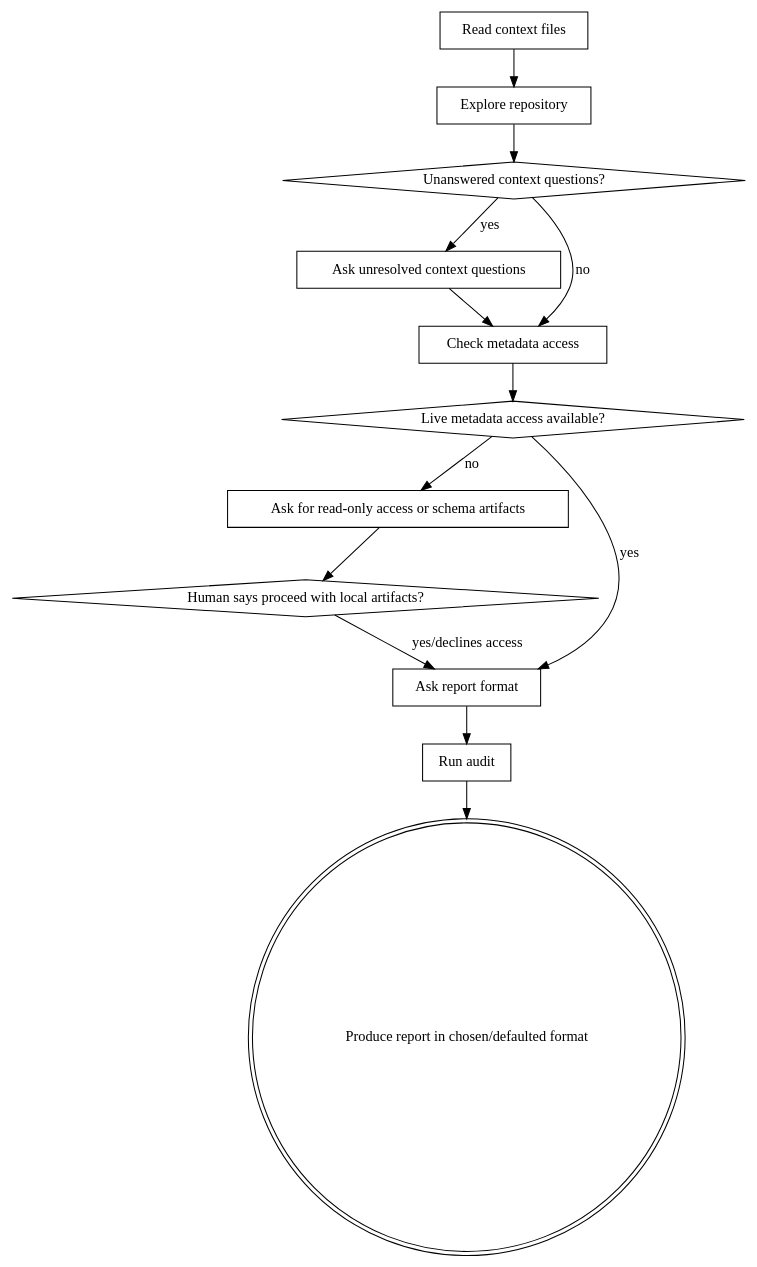
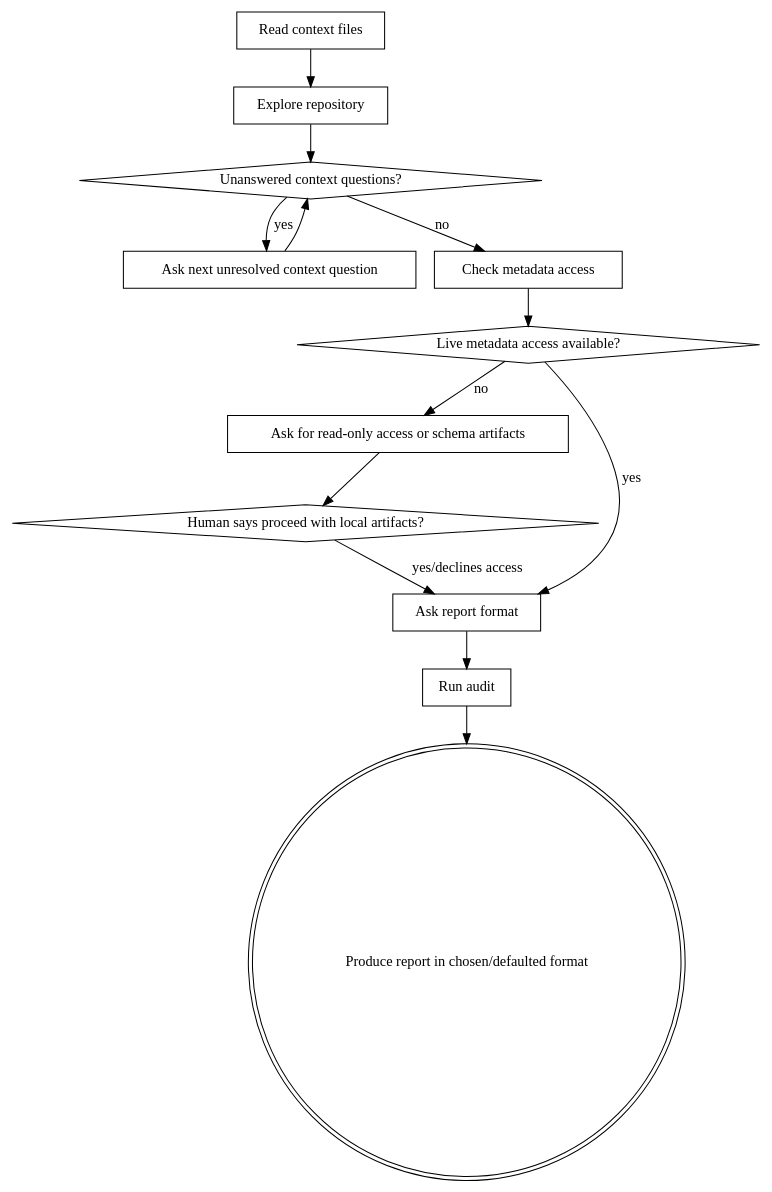
One commit to ashwaryy/db-access-audit-skill changed the diagram in db-access-audit/skills/db-access-audit/SKILL.md. Above: the diagram before and after it, drawn with Graphviz. The commit also changed other lines of this file and 1 other file, not shown here.

Commit message:
Ask preflight questions one at a time

````diff
--- a/db-access-audit/skills/db-access-audit/SKILL.md
+++ b/db-access-audit/skills/db-access-audit/SKILL.md
@@ -109,28 +110,28 @@
 ```dot
 digraph db_access_audit_preflight {
   "Read context files" [shape=box];
   "Explore repository" [shape=box];
   "Unanswered context questions?" [shape=diamond];
-  "Ask unresolved context questions" [shape=box];
+  "Ask next unresolved context question" [shape=box];
   "Check metadata access" [shape=box];
   "Live metadata access available?" [shape=diamond];
   "Ask for read-only access or schema artifacts" [shape=box];
   "Human says proceed with local artifacts?" [shape=diamond];
   "Ask report format" [shape=box];
   "Run audit" [shape=box];
   "Produce report in chosen/defaulted format" [shape=doublecircle];
 
   "Read context files" -> "Explore repository";
   "Explore repository" -> "Unanswered context questions?";
-  "Unanswered context questions?" -> "Ask unresolved context questions" [label="yes"];
+  "Unanswered context questions?" -> "Ask next unresolved context question" [label="yes"];
   "Unanswered context questions?" -> "Check metadata access" [label="no"];
-  "Ask unresolved context questions" -> "Check metadata access";
+  "Ask next unresolved context question" -> "Unanswered context questions?";
   "Check metadata access" -> "Live metadata access available?";
   "Live metadata access available?" -> "Ask report format" [label="yes"];
   "Live metadata access available?" -> "Ask for read-only access or schema artifacts" [label="no"];
   "Ask for read-only access or schema artifacts" -> "Human says proceed with local artifacts?";
   "Human says proceed with local artifacts?" -> "Ask report format" [label="yes/declines access"];
   "Ask report format" -> "Run audit";
   "Run audit" -> "Produce report in chosen/defaulted format";
 }
 ```
````
